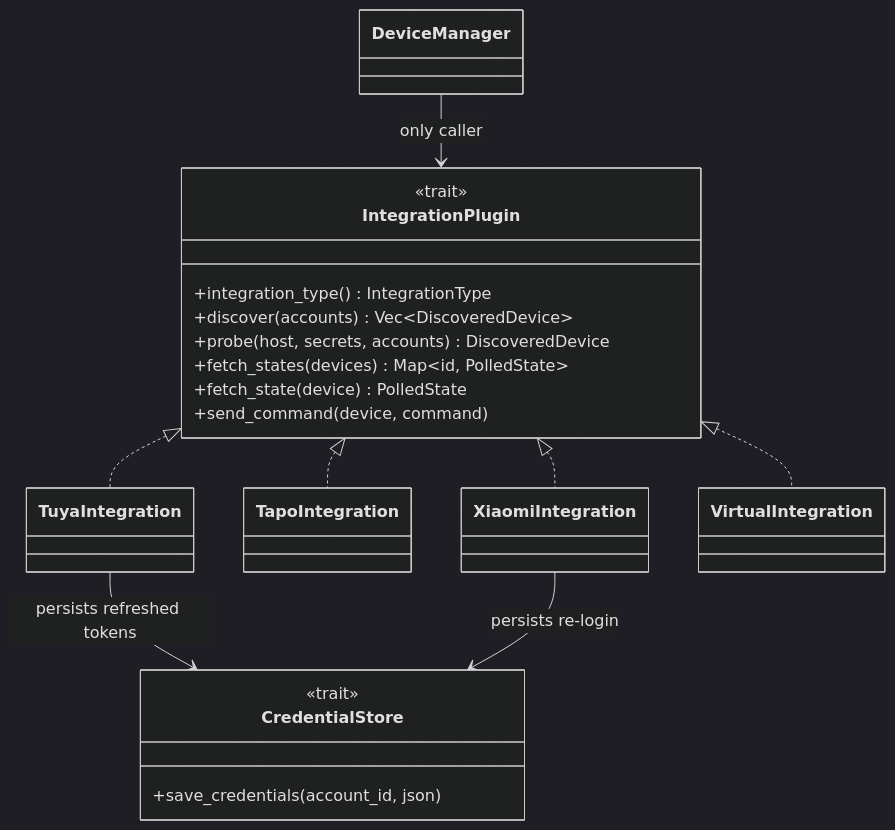
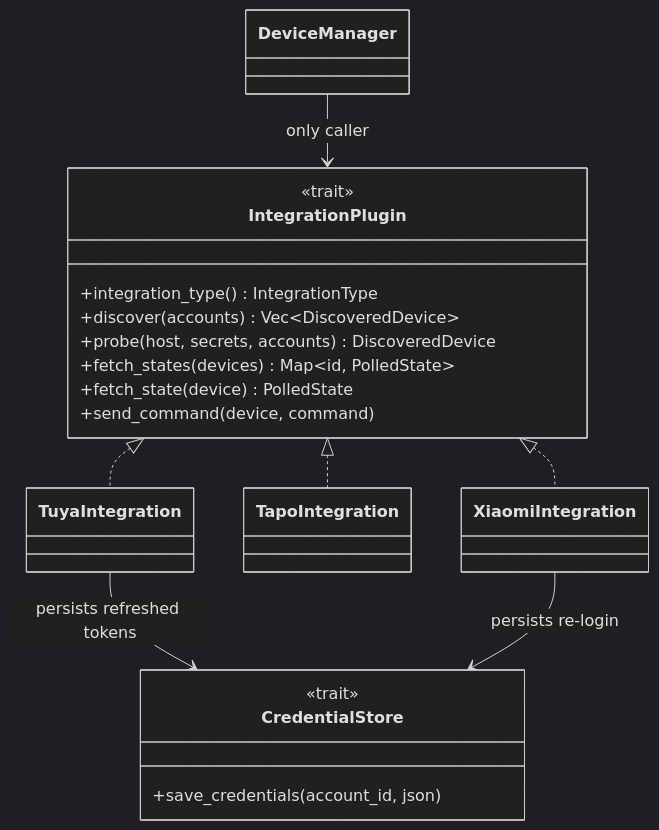
Before and after one commit to aiyu-ayaan/Domus: the second of 8 diagrams in development/docs/ARCHITECTURE.md, drawn with Mermaid (dark theme). The commit also changed other lines of this file and 3 other files, not shown here.

````diff
--- a/development/docs/ARCHITECTURE.md
+++ b/development/docs/ARCHITECTURE.md
@@ -67,23 +66,22 @@
 ```mermaid
 classDiagram
     class IntegrationPlugin {
         <<trait>>
         +integration_type() IntegrationType
         +discover(accounts) Vec~DiscoveredDevice~
         +probe(host, secrets, accounts) DiscoveredDevice
         +fetch_states(devices) Map~id, PolledState~
         +fetch_state(device) PolledState
         +send_command(device, command)
     }
     class CredentialStore {
         <<trait>>
         +save_credentials(account_id, json)
     }
     IntegrationPlugin <|.. TuyaIntegration
     IntegrationPlugin <|.. TapoIntegration
     IntegrationPlugin <|.. XiaomiIntegration
-    IntegrationPlugin <|.. VirtualIntegration
     TuyaIntegration --> CredentialStore : persists refreshed tokens
     XiaomiIntegration --> CredentialStore : persists re-login
     DeviceManager --> IntegrationPlugin : only caller
 ```
````
